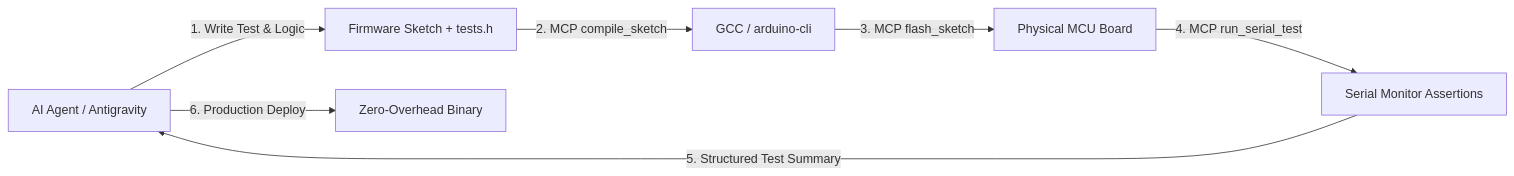
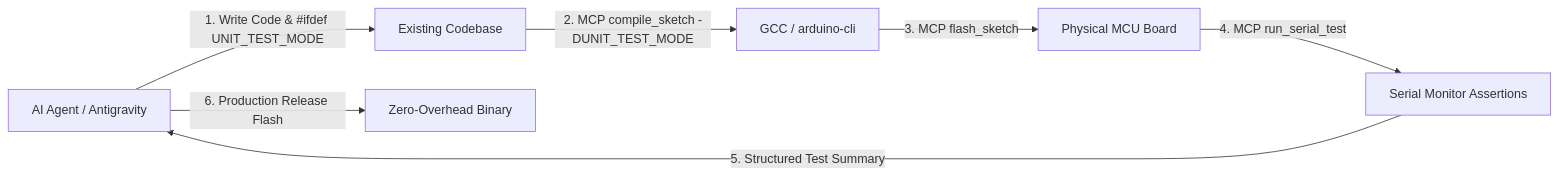
One commit to the-biKing/Thruster changed the diagram in README.md. Above: the diagram before and after it, drawn with Mermaid. The commit also changed other lines of this file and 10 other files, not shown here.

````diff
--- a/README.md
+++ b/README.md
@@ -13,9 +13,9 @@
 ```mermaid
 graph LR
-    A[AI Agent / Antigravity] -->|1. Write Test & Logic| B[Firmware Sketch + tests.h]
-    B -->|2. MCP compile_sketch| C[GCC / arduino-cli]
+    A[AI Agent / Antigravity] -->|1. Write Code & #ifdef UNIT_TEST_MODE| B[Existing Codebase]
+    B -->|2. MCP compile_sketch -DUNIT_TEST_MODE| C[GCC / arduino-cli]
     C -->|3. MCP flash_sketch| D[Physical MCU Board]
     D -->|4. MCP run_serial_test| E[Serial Monitor Assertions]
     E -->|5. Structured Test Summary| A
-    A -->|6. Production Deploy| F[Zero-Overhead Binary]
+    A -->|6. Production Release Flash| F[Zero-Overhead Binary]
 ```
````
